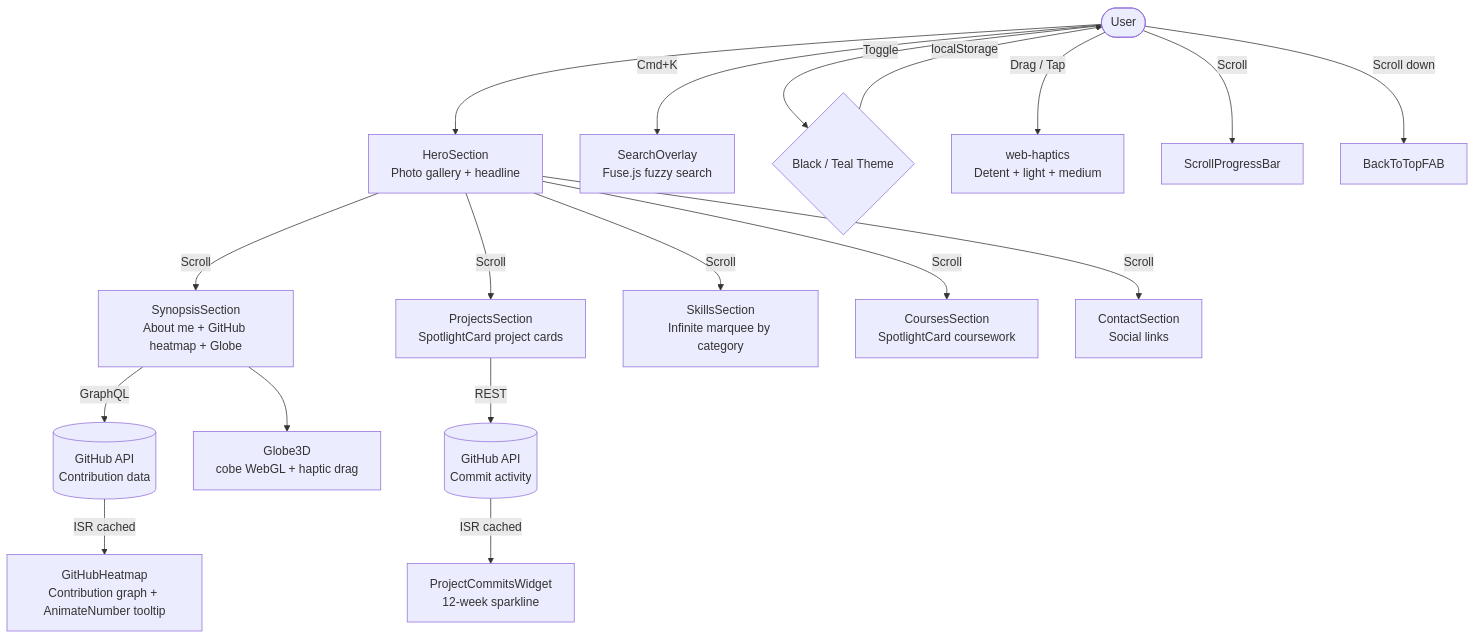
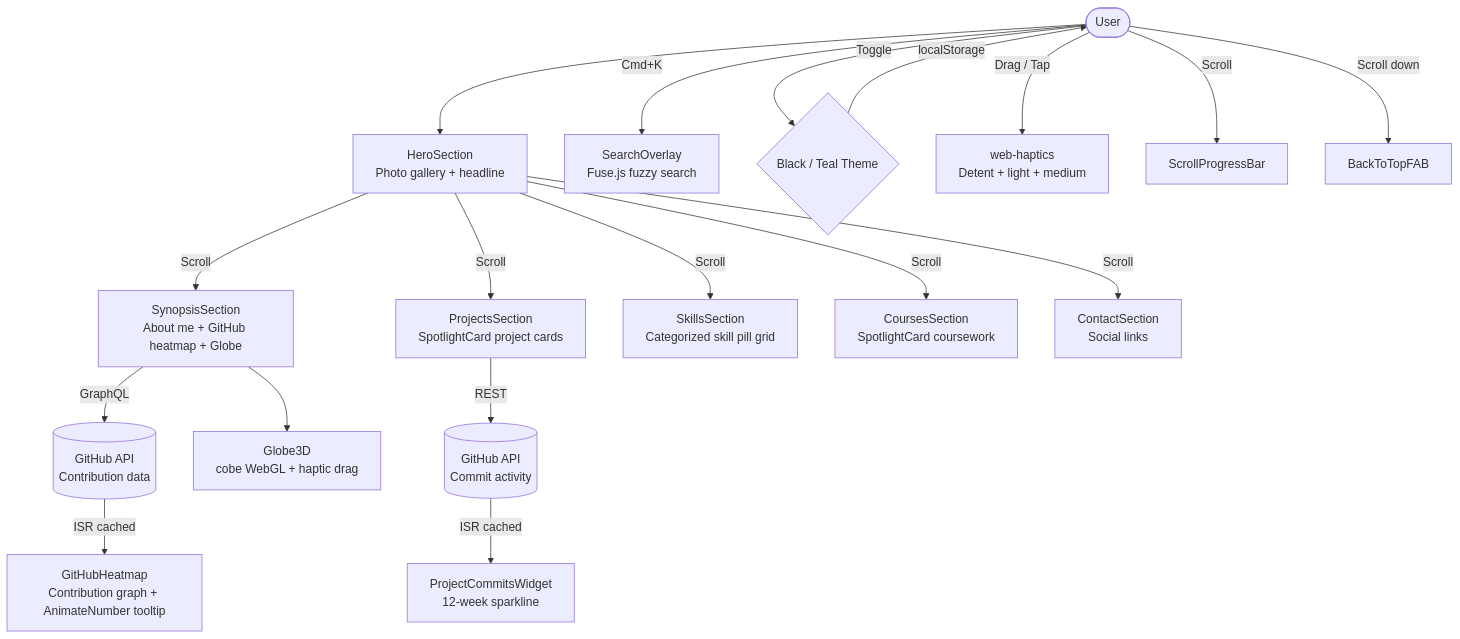
The first of 2 diagrams in README.md (hoangngo-sudo/portfolio), drawn with Mermaid before and after one commit. The commit also changed other lines of this file, not shown here.

````diff
--- a/README.md
+++ b/README.md
@@ -7,26 +7,26 @@
 ```mermaid
 flowchart TB
     USER([User]) --> HERO["HeroSection<br/>Photo gallery + headline"]
     HERO --> |Scroll| SYNOPSIS["SynopsisSection<br/>About me + GitHub heatmap + Globe"]
     HERO --> |Scroll| PROJECTS["ProjectsSection<br/>SpotlightCard project cards"]
-    HERO --> |Scroll| SKILLS["SkillsSection<br/>Infinite marquee by category"]
+    HERO --> |Scroll| SKILLS["SkillsSection<br/>Categorized skill pill grid"]
     HERO --> |Scroll| COURSES["CoursesSection<br/>SpotlightCard coursework"]
     HERO --> |Scroll| CONTACT["ContactSection<br/>Social links"]
 
     USER --> |Cmd+K| SEARCH["SearchOverlay<br/>Fuse.js fuzzy search"]
 
     SYNOPSIS --> |GraphQL| GITHUB[("GitHub API<br/>Contribution data")]
     GITHUB --> |ISR cached| HEATMAP["GitHubHeatmap<br/>Contribution graph + AnimateNumber tooltip"]
     SYNOPSIS --> GLOBE["Globe3D<br/>cobe WebGL + haptic drag"]
 
     PROJECTS --> |REST| GHREST[("GitHub API<br/>Commit activity")]
     GHREST --> |ISR cached| COMMITS["ProjectCommitsWidget<br/>12-week sparkline"]
 
     USER --> |Toggle| THEME{"Black / Teal Theme"}
     THEME --> |localStorage| USER
 
     USER --> |Drag / Tap | HAPTICS["web-haptics<br/>Detent + light + medium"]
 
     USER --> |Scroll| PROGRESS["ScrollProgressBar"]
     USER --> |Scroll down| FAB["BackToTopFAB"]
 ```
````
